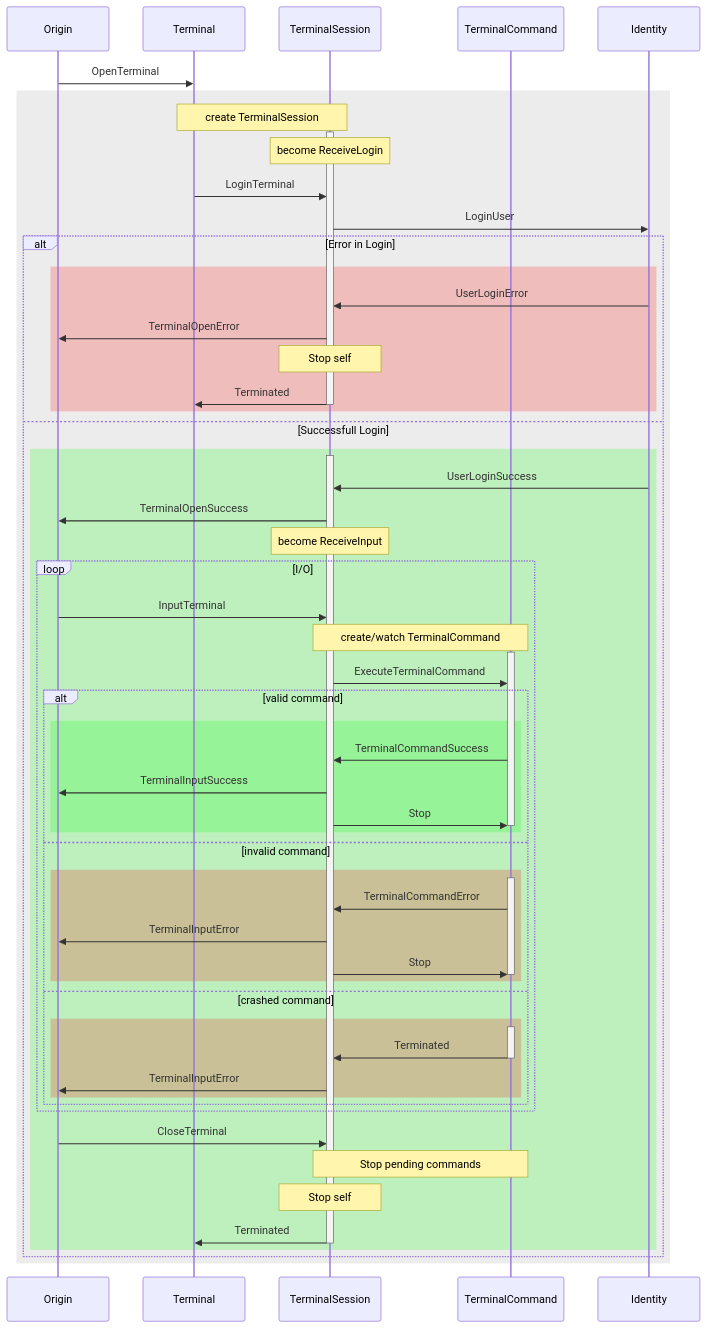
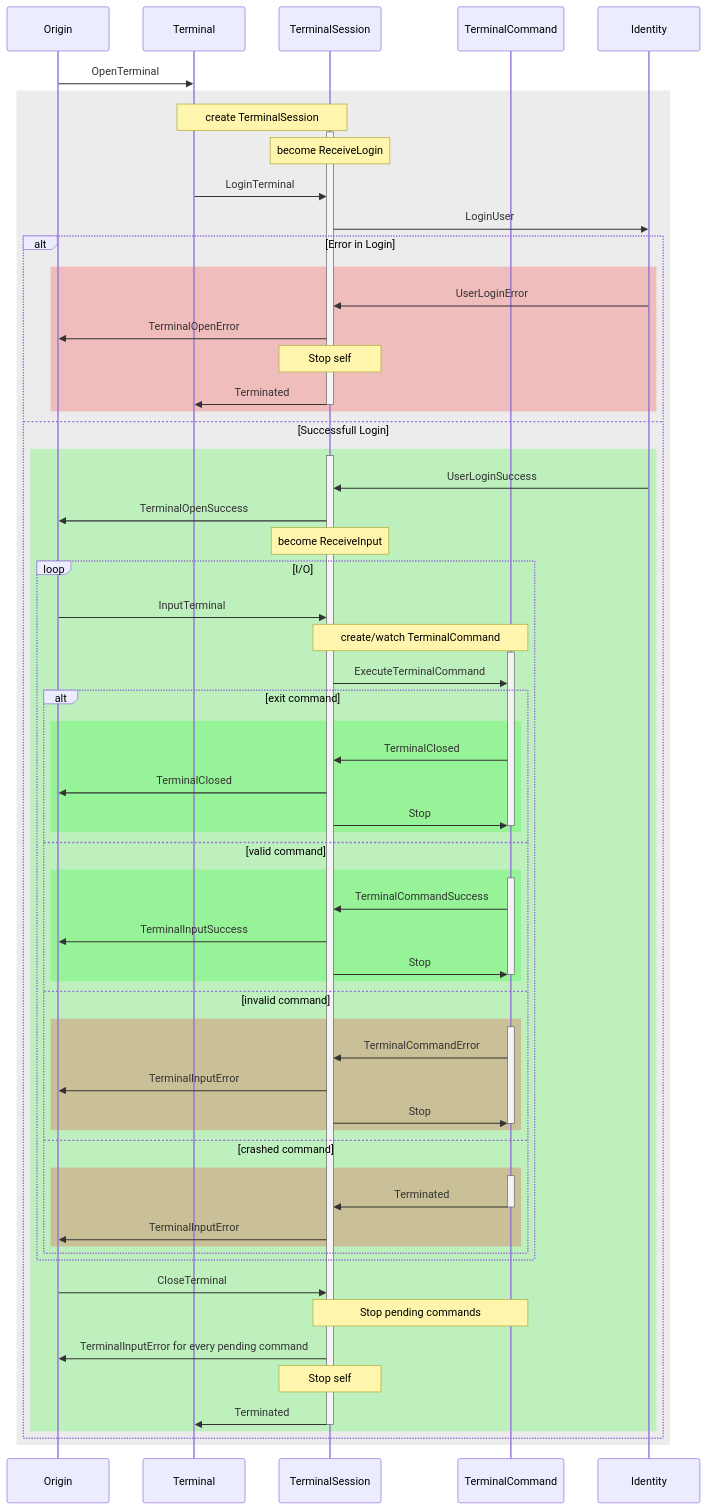
The diagram in src/Actor.GameHub.Terminal.Abstractions/terminal-model.mmd (flensrocker/Actor.GameHub), drawn with Mermaid before and after one commit. The commit also changed 6 other files, not shown here.

```diff
--- a/src/Actor.GameHub.Terminal.Abstractions/terminal-model.mmd
+++ b/src/Actor.GameHub.Terminal.Abstractions/terminal-model.mmd
@@ -1,65 +1,74 @@
 sequenceDiagram
   participant o as Origin
   participant t as Terminal
   participant ts as TerminalSession
   participant tc as TerminalCommand
   participant id as Identity
 
   o->>t:OpenTerminal
   rect rgba(160, 160, 160, .2)
     Note over t,ts:create TerminalSession
     activate ts
     Note over ts:become ReceiveLogin
     t->>ts:LoginTerminal
     ts->>id:LoginUser
     alt Error in Login
       rect rgba(255, 0, 0, .2)
         id->>ts:UserLoginError
         ts->>o:TerminalOpenError
         Note over ts:Stop self
         ts->>t:Terminated
         deactivate ts
       end
     else Successfull Login
       rect rgba(0, 255, 0, .2)
         activate ts
         id->>ts:UserLoginSuccess
         ts->>o:TerminalOpenSuccess
         Note over ts:become ReceiveInput
         loop I/O
           o->>ts:InputTerminal
           Note over ts,tc:create/watch TerminalCommand
           activate tc
           ts->>tc:ExecuteTerminalCommand
-          alt valid command
+          alt exit command
             rect rgba(0, 255, 0, .2)
+              tc->>ts:TerminalClosed
+              ts->>o:TerminalClosed
+              ts->>tc:Stop
+              deactivate tc
+            end
+          else valid command
+            rect rgba(0, 255, 0, .2)
+              activate tc
               tc->>ts:TerminalCommandSuccess
               ts->>o:TerminalInputSuccess
               ts->>tc:Stop
               deactivate tc
             end
           else invalid command
             rect rgba(255, 0, 0, .2)
               activate tc
               tc->>ts:TerminalCommandError
               ts->>o:TerminalInputError
               ts->>tc:Stop
               deactivate tc
             end
           else crashed command
             rect rgba(255, 0, 0, .2)
               activate tc
               tc->>ts:Terminated
               deactivate tc
               ts->>o:TerminalInputError
             end
           end
         end
         o->>ts:CloseTerminal
         Note over ts,tc:Stop pending commands
+        ts->>o:TerminalInputError for every pending command
         Note over ts:Stop self
         ts->>t:Terminated
         deactivate ts
       end
     end
   end
```
